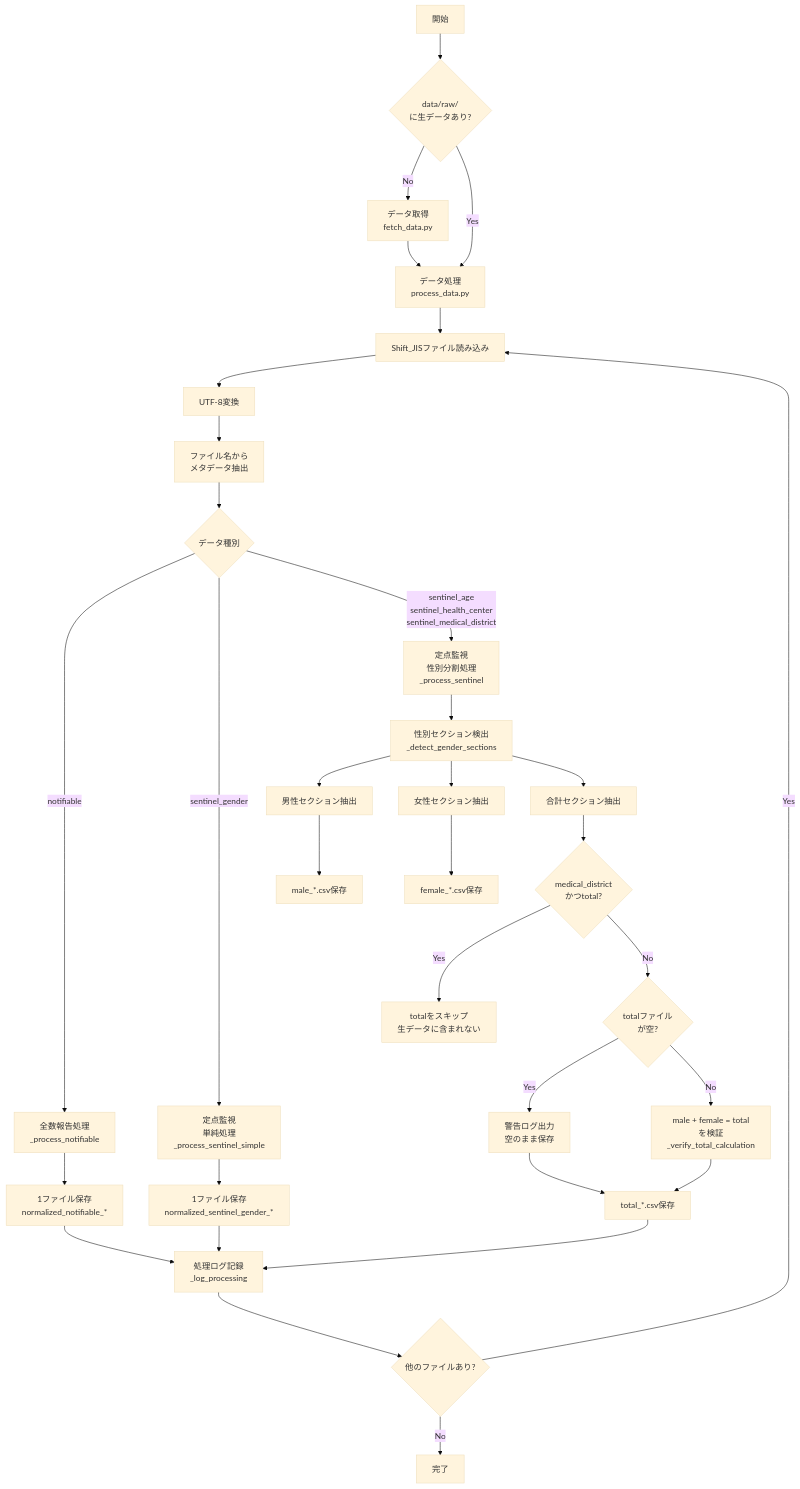
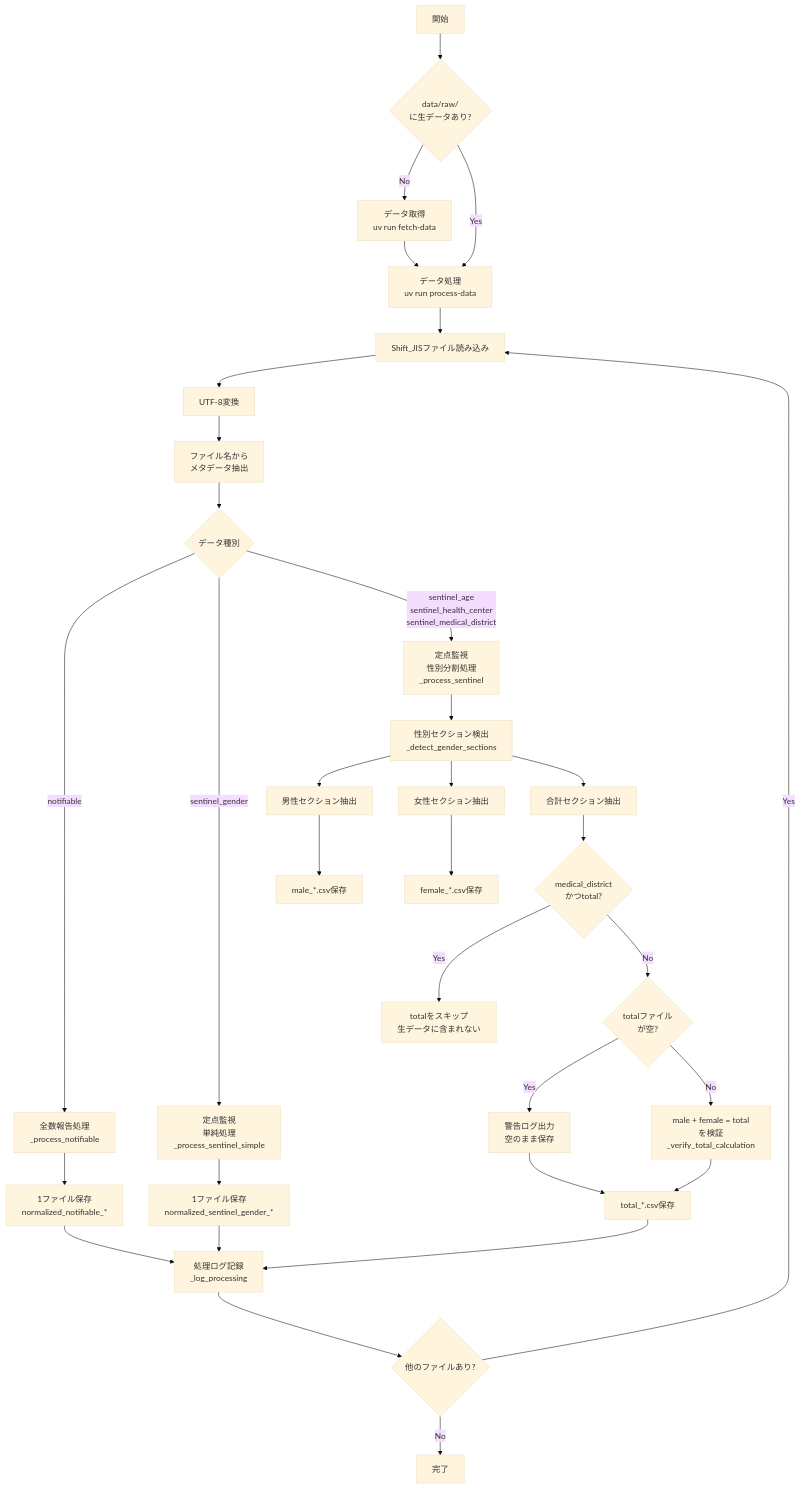
The first of 4 diagrams in CLAUDE.md (kambarakun/fetch-tokyo-idsc-github-actions), drawn with Mermaid (base theme) before and after one commit. The commit also changed other lines of this file and 20 other files, not shown here.

````diff
--- a/CLAUDE.md
+++ b/CLAUDE.md
@@ -79,45 +79,45 @@
 ```mermaid
 flowchart TD
     Start[開始] --> CheckRaw{data/raw/<br/>に生データあり?}
-    CheckRaw -->|No| FetchData[データ取得<br/>fetch_data.py]
-    CheckRaw -->|Yes| ProcessData[データ処理<br/>process_data.py]
+    CheckRaw -->|No| FetchData[データ取得<br/>uv run fetch-data]
+    CheckRaw -->|Yes| ProcessData[データ処理<br/>uv run process-data]
     FetchData --> ProcessData
 
     ProcessData --> ReadFile[Shift_JISファイル読み込み]
     ReadFile --> ConvertUTF8[UTF-8変換]
     ConvertUTF8 --> ExtractMeta[ファイル名から<br/>メタデータ抽出]
     ExtractMeta --> CheckType{データ種別}
 
     CheckType -->|notifiable| ProcessNotifiable[全数報告処理<br/>_process_notifiable]
     CheckType -->|sentinel_gender| ProcessSimple[定点監視<br/>単純処理<br/>_process_sentinel_simple]
     CheckType -->|sentinel_age<br/>sentinel_health_center<br/>sentinel_medical_district| ProcessSentinel[定点監視<br/>性別分割処理<br/>_process_sentinel]
 
     ProcessNotifiable --> SaveNotifiable[1ファイル保存<br/>normalized_notifiable_*]
     ProcessSimple --> SaveSimple[1ファイル保存<br/>normalized_sentinel_gender_*]
 
     ProcessSentinel --> DetectGender[性別セクション検出<br/>_detect_gender_sections]
     DetectGender --> ExtractMale[男性セクション抽出]
     DetectGender --> ExtractFemale[女性セクション抽出]
     DetectGender --> ExtractTotal[合計セクション抽出]
 
     ExtractMale --> SaveMale[male_*.csv保存]
     ExtractFemale --> SaveFemale[female_*.csv保存]
     ExtractTotal --> CheckMedical{medical_district<br/>かつtotal?}
 
     CheckMedical -->|Yes| SkipTotal[totalをスキップ<br/>生データに含まれない]
     CheckMedical -->|No| CheckEmpty{totalファイル<br/>が空?}
 
     CheckEmpty -->|Yes| WarnEmpty[警告ログ出力<br/>空のまま保存]
     CheckEmpty -->|No| VerifyTotal[male + female = total<br/>を検証<br/>_verify_total_calculation]
 
     WarnEmpty --> SaveTotal[total_*.csv保存]
     VerifyTotal --> SaveTotal
 
     SaveNotifiable --> LogProcess[処理ログ記録<br/>_log_processing]
     SaveSimple --> LogProcess
     SaveTotal --> LogProcess
 
     LogProcess --> CheckMore{他のファイルあり?}
     CheckMore -->|Yes| ReadFile
     CheckMore -->|No| Complete[完了]
 ```
````
